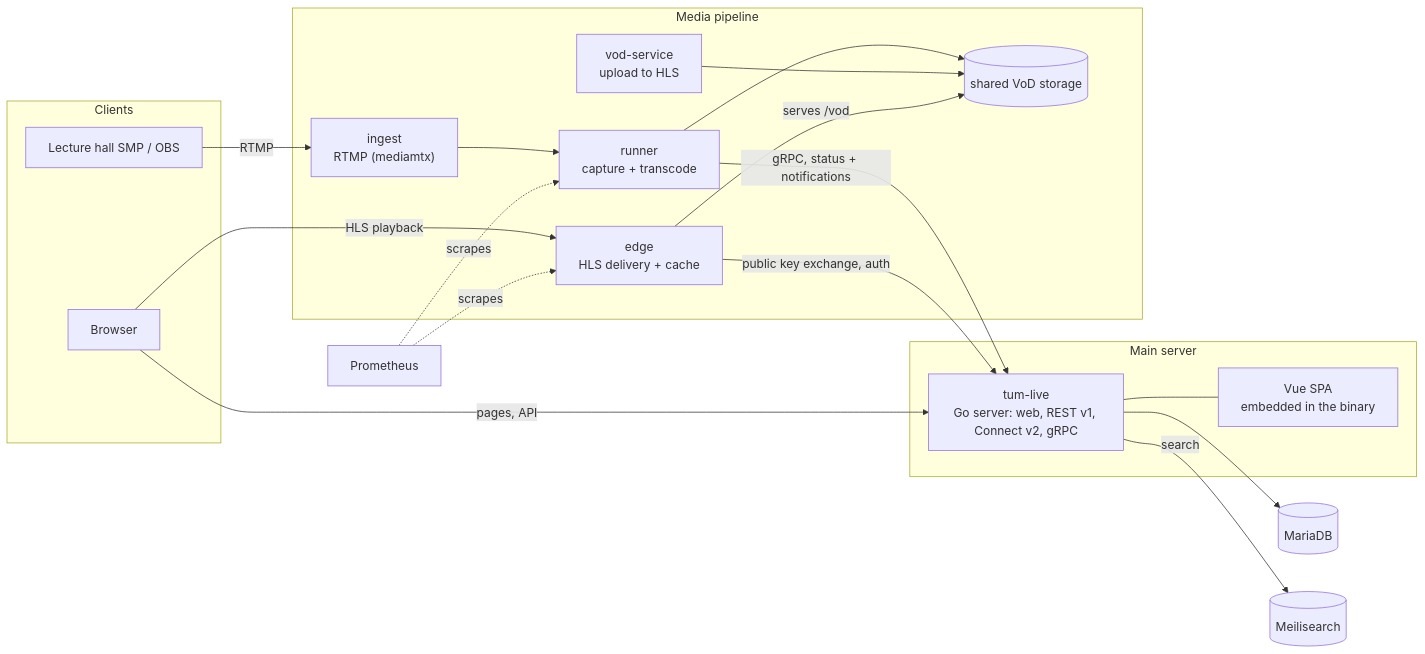
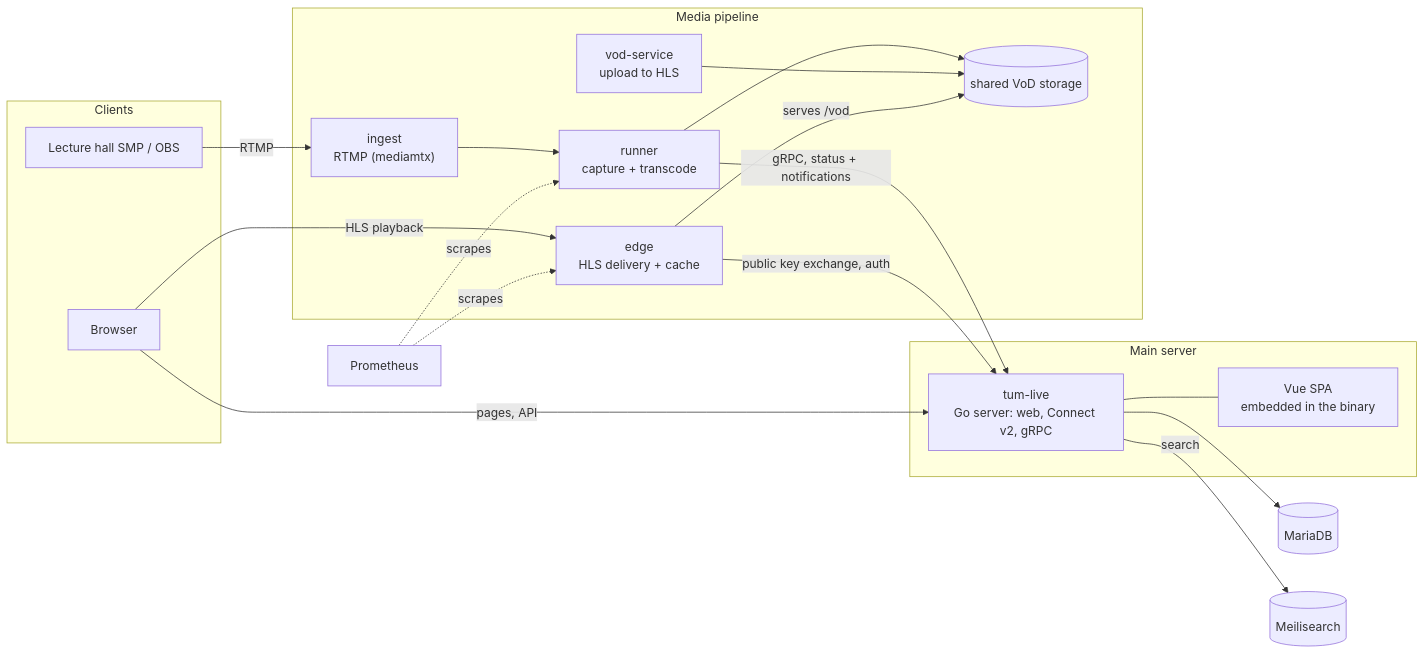
Before and after one commit to TUM-Dev/gocast: the diagram in docs_v2/docs/development/Architecture.md, drawn with Mermaid. The commit also changed other lines of this file and 45 other files, not shown here.

````diff
--- a/docs_v2/docs/development/Architecture.md
+++ b/docs_v2/docs/development/Architecture.md
@@ -11,39 +11,39 @@
 ```mermaid
 flowchart LR
     subgraph clients [Clients]
         browser[Browser]
         smp[Lecture hall SMP / OBS]
     end
 
     subgraph core [Main server]
-        tumlive["tum-live<br/>Go server: web, REST v1, Connect v2, gRPC"]
+        tumlive["tum-live<br/>Go server: web, Connect v2, gRPC"]
         spa["Vue SPA<br/>embedded in the binary"]
     end
 
     subgraph media [Media pipeline]
         ingest["ingest<br/>RTMP (mediamtx)"]
         runner["runner<br/>capture + transcode"]
         vod["vod-service<br/>upload to HLS"]
         edge["edge<br/>HLS delivery + cache"]
         storage[("shared VoD storage")]
     end
 
     db[("MariaDB")]
     meili[("Meilisearch")]
     prom["Prometheus"]
 
     browser -->|pages, API| tumlive
     tumlive --- spa
     browser -->|HLS playback| edge
     smp -->|RTMP| ingest
     ingest --> runner
     runner -->|gRPC, status + notifications| tumlive
     runner --> storage
     vod --> storage
     edge -->|serves /vod| storage
     edge -->|public key exchange, auth| tumlive
     tumlive --> db
     tumlive -->|search| meili
     prom -.->|scrapes| runner
     prom -.->|scrapes| edge
 ```
````
